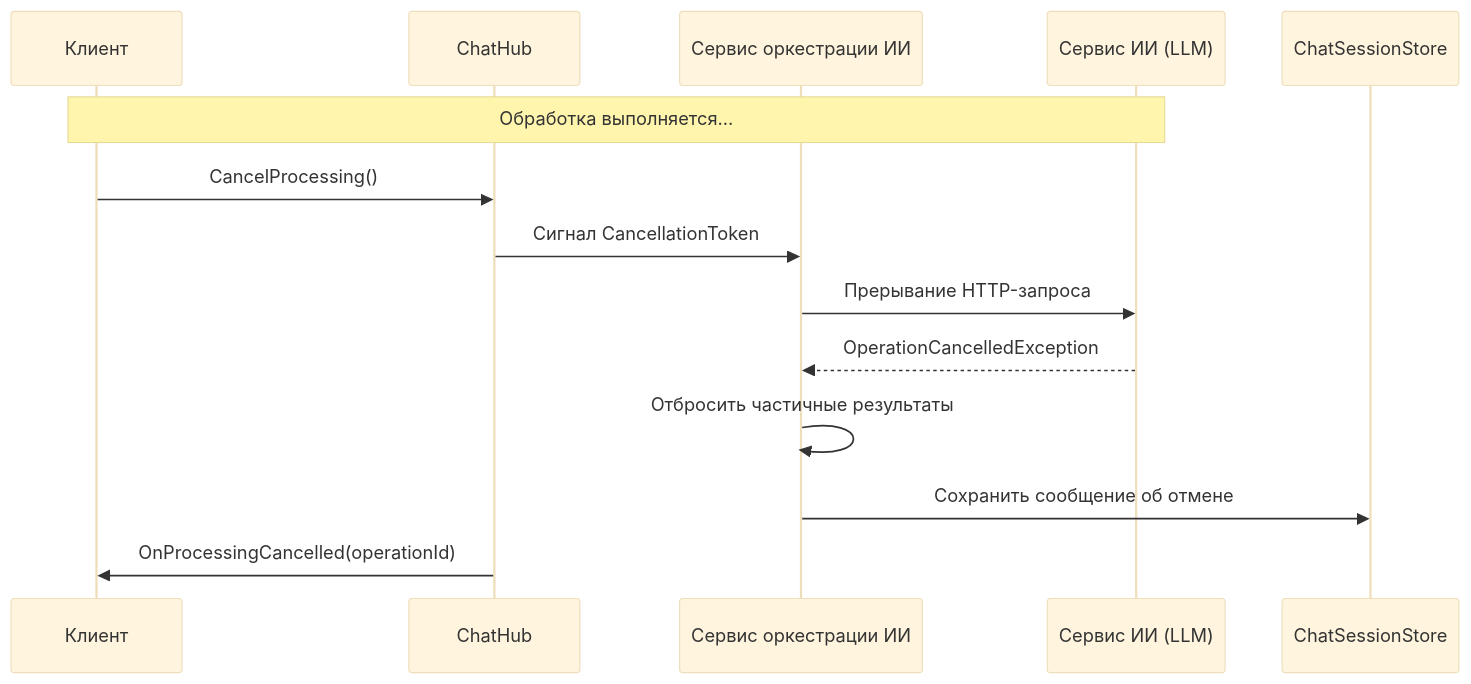
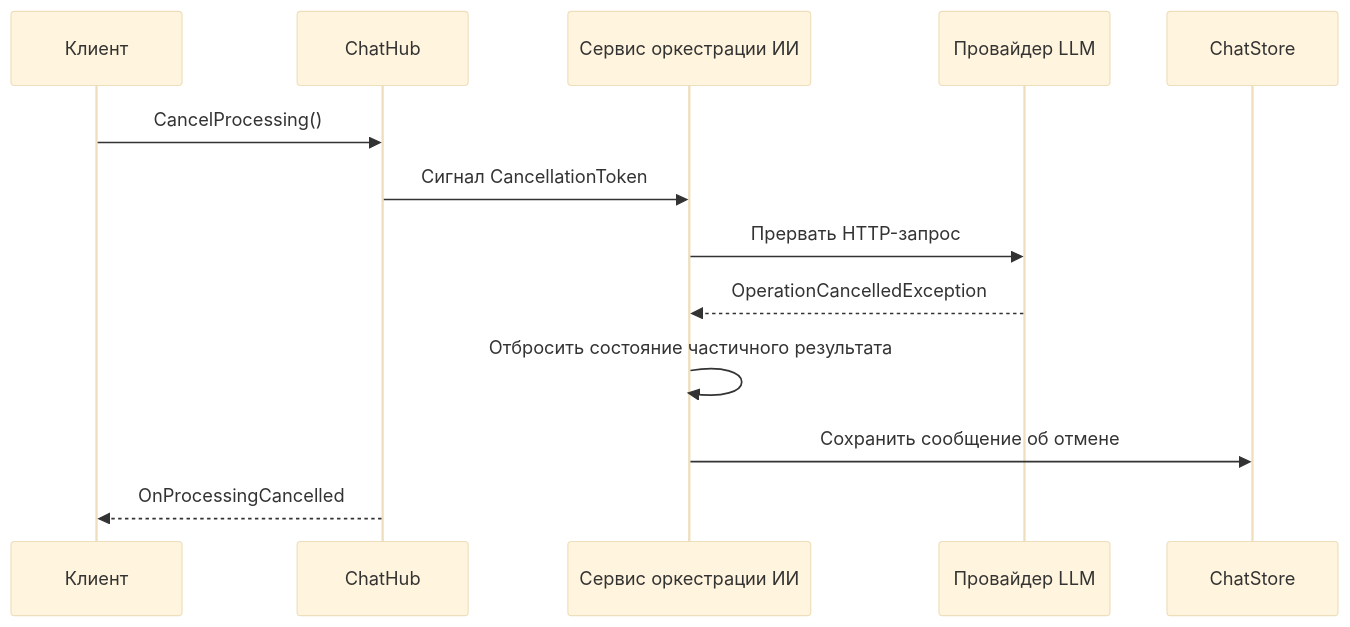
The third of 4 diagrams in docs/API_ARCHITECTURE.md (BarminGeorge/ShuKnow), drawn with Mermaid (base theme) before and after one commit. The commit also changed other lines of this file and 3 other files, not shown here.

Commit message:
docs: update openapi/asyncapi and reduce API_ARCHITECTURE content

````diff
--- a/docs/API_ARCHITECTURE.md
+++ b/docs/API_ARCHITECTURE.md
@@ -523,21 +117,16 @@
 ```mermaid
 sequenceDiagram
     participant Client as Клиент
     participant ChatHub
     participant AIOrch as Сервис оркестрации ИИ
-    participant AI as Сервис ИИ (LLM)
-    participant CSS as ChatSessionStore
-
-    Note over Client,AI: Обработка выполняется...
+    participant AI as Провайдер LLM
+    participant ChatStore
 
     Client->>ChatHub: CancelProcessing()
     ChatHub->>AIOrch: Сигнал CancellationToken
-
-    AIOrch->>AI: Прерывание HTTP-запроса
+    AIOrch->>AI: Прервать HTTP-запрос
     AI-->>AIOrch: OperationCancelledException
-
-    AIOrch->>AIOrch: Отбросить частичные результаты
-    AIOrch->>CSS: Сохранить сообщение об отмене
-
-    ChatHub->>Client: OnProcessingCancelled(operationId)
+    AIOrch->>AIOrch: Отбросить состояние частичного результата
+    AIOrch->>ChatStore: Сохранить сообщение об отмене
+    ChatHub-->>Client: OnProcessingCancelled
 ```
````
